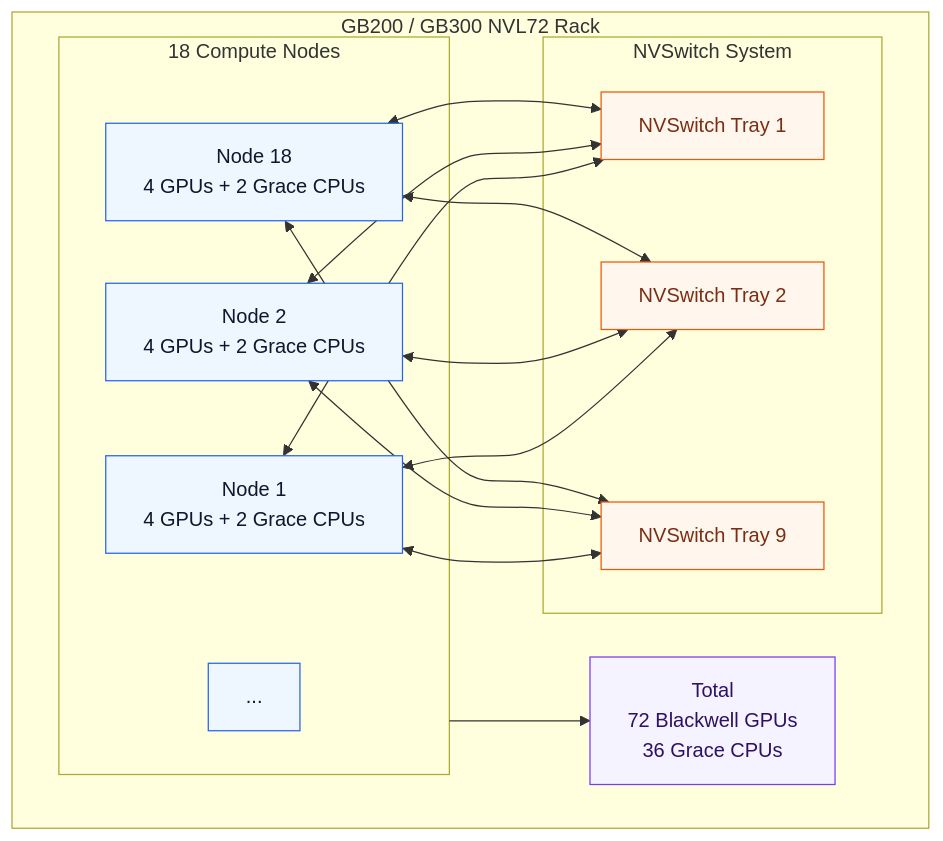
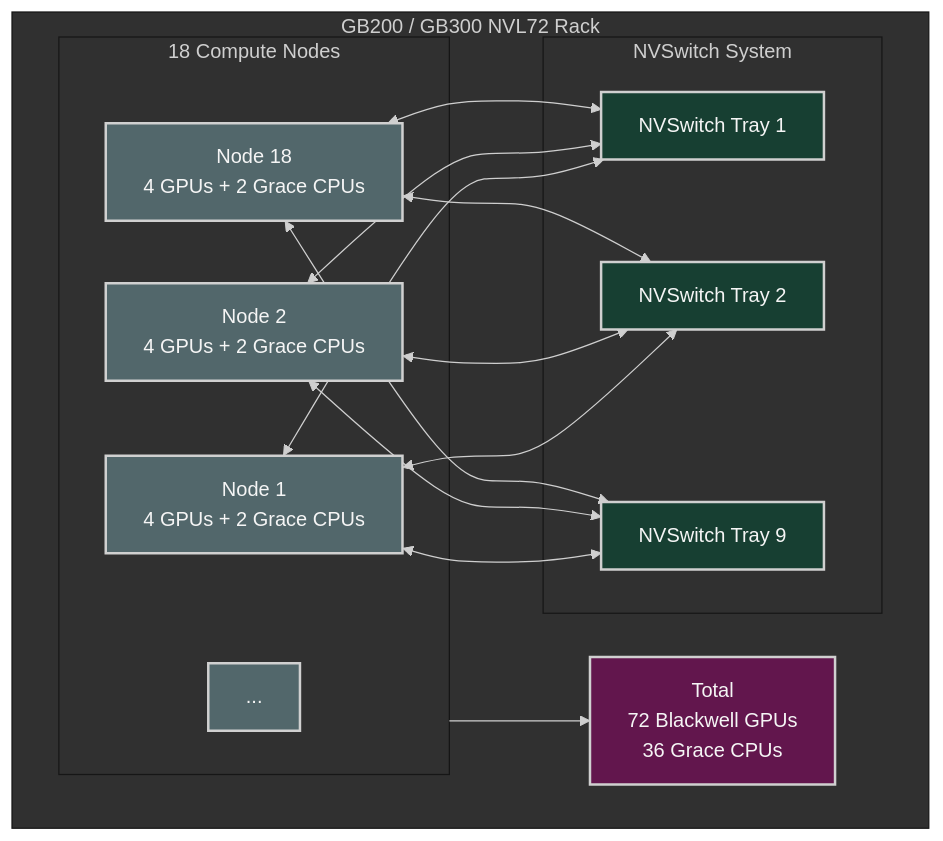
Before and after one commit to ziwon/ai-data-center-network: the ninth of 15 diagrams in ai-system-performance-engineering/chap02/README.md, drawn with Mermaid. The commit also changed other lines of this file and 35 other files, not shown here.

Commit message:
docs(mermaid): apply dark diagram style

````diff
--- a/ai-system-performance-engineering/chap02/README.md
+++ b/ai-system-performance-engineering/chap02/README.md
@@ -448,35 +456,36 @@
 ```mermaid
+%%{init: {"theme": "base", "themeVariables": {"background": "#171717", "primaryColor": "#232323", "primaryTextColor": "#f5f5f5", "primaryBorderColor": "#d0d0d0", "lineColor": "#cfcfcf", "fontFamily": "Inter, Arial, sans-serif"}}}%%
 flowchart TB
-    classDef node fill:#eef6ff,stroke:#2563eb,color:#0f172a
-    classDef gpu fill:#ecfdf5,stroke:#059669,color:#064e3b
-    classDef switch fill:#fff7ed,stroke:#ea580c,color:#7c2d12
-    classDef rack fill:#f5f3ff,stroke:#7c3aed,color:#2e1065
+    classDef node fill:#52676b,stroke:#d0d0d0,color:#f5f5f5,stroke-width:2px;
+    classDef gpu fill:#52676b,stroke:#d0d0d0,color:#f5f5f5,stroke-width:2px;
+    classDef switch fill:#173f32,stroke:#d0d0d0,color:#f5f5f5,stroke-width:2px;
+    classDef rack fill:#62164d,stroke:#d0d0d0,color:#f5f5f5,stroke-width:2px;
 
     subgraph Rack["GB200 / GB300 NVL72 Rack"]
         subgraph Nodes["18 Compute Nodes"]
             N1[Node 1<br/>4 GPUs + 2 Grace CPUs]:::node
             N2[Node 2<br/>4 GPUs + 2 Grace CPUs]:::node
             NX[...]:::node
             N18[Node 18<br/>4 GPUs + 2 Grace CPUs]:::node
         end
 
         subgraph Switches["NVSwitch System"]
             S1[NVSwitch Tray 1]:::switch
             S2[NVSwitch Tray 2]:::switch
             S9[NVSwitch Tray 9]:::switch
         end
 
         G[Total<br/>72 Blackwell GPUs<br/>36 Grace CPUs]:::rack
     end
 
     N1 <--> S1
     N1 <--> S2
     N1 <--> S9
     N2 <--> S1
     N2 <--> S2
     N2 <--> S9
     N18 <--> S1
     N18 <--> S2
     N18 <--> S9
     Nodes --> G
 ```
````
